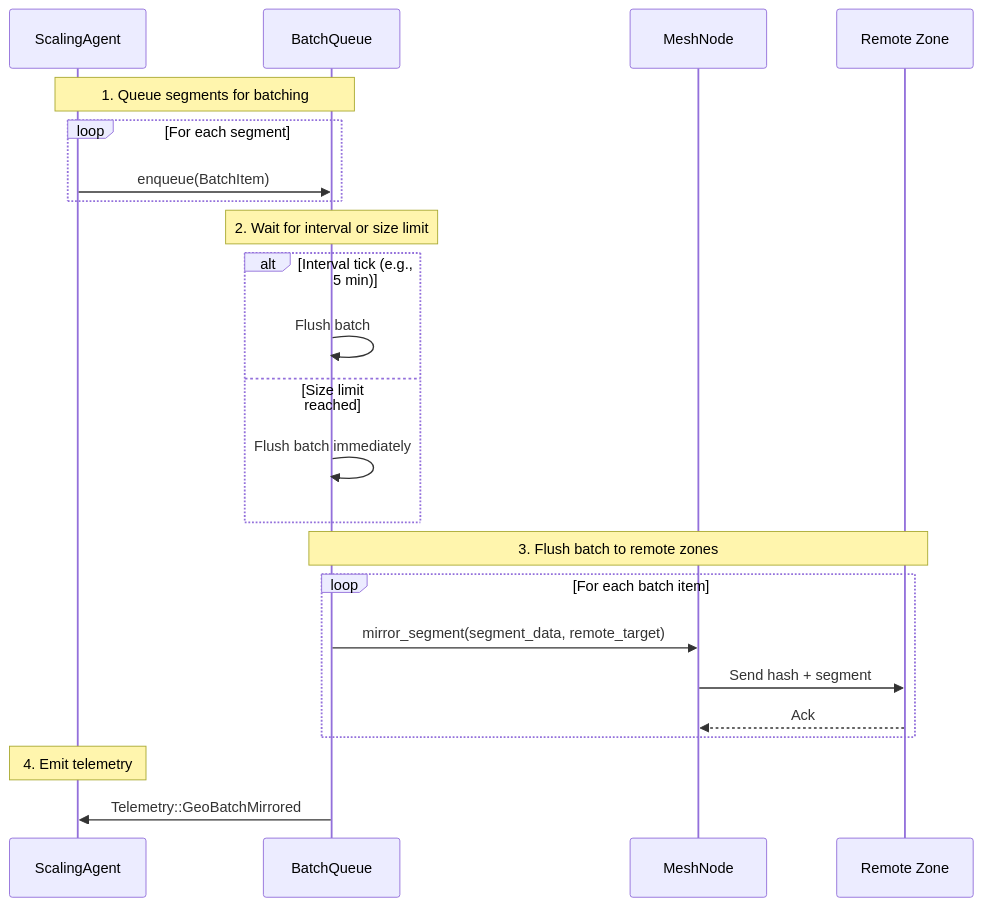
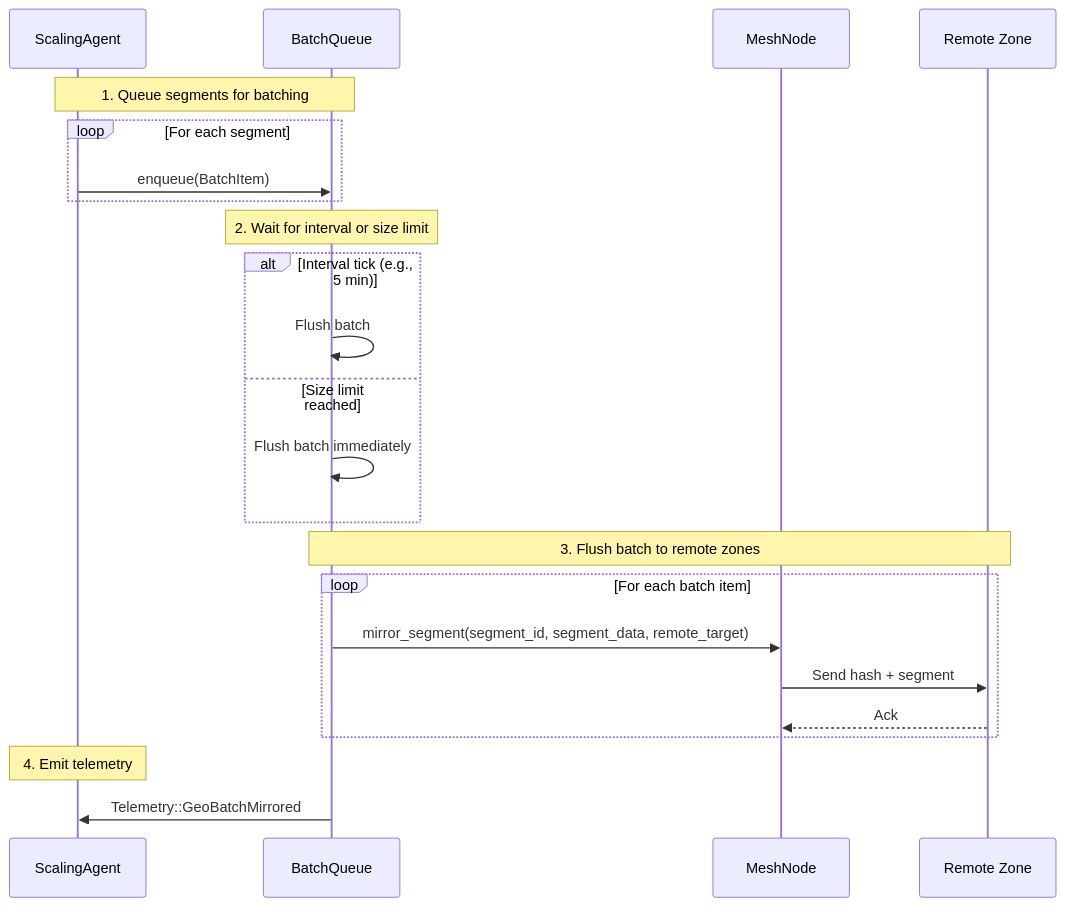
The second of 4 diagrams in docs/replication-actions.md (saworbit/SPACE), drawn with Mermaid before and after one commit. The commit also changed other lines of this file and 6 other files, not shown here.

````diff
--- a/docs/replication-actions.md
+++ b/docs/replication-actions.md
@@ -74,29 +74,29 @@
 ```mermaid
 sequenceDiagram
     participant Agent as ScalingAgent
     participant Queue as BatchQueue
     participant Mesh as MeshNode
     participant Remote as Remote Zone
 
     Note over Agent,Queue: 1. Queue segments for batching
     loop For each segment
         Agent->>Queue: enqueue(BatchItem)
     end
 
     Note over Queue: 2. Wait for interval or size limit
     alt Interval tick (e.g., 5 min)
         Queue->>Queue: Flush batch
     else Size limit reached
         Queue->>Queue: Flush batch immediately
     end
 
     Note over Queue,Remote: 3. Flush batch to remote zones
     loop For each batch item
-        Queue->>Mesh: mirror_segment(segment_data, remote_target)
+        Queue->>Mesh: mirror_segment(segment_id, segment_data, remote_target)
         Mesh->>Remote: Send hash + segment
         Remote-->>Mesh: Ack
     end
 
     Note over Agent: 4. Emit telemetry
     Queue->>Agent: Telemetry::GeoBatchMirrored
 ```
````
